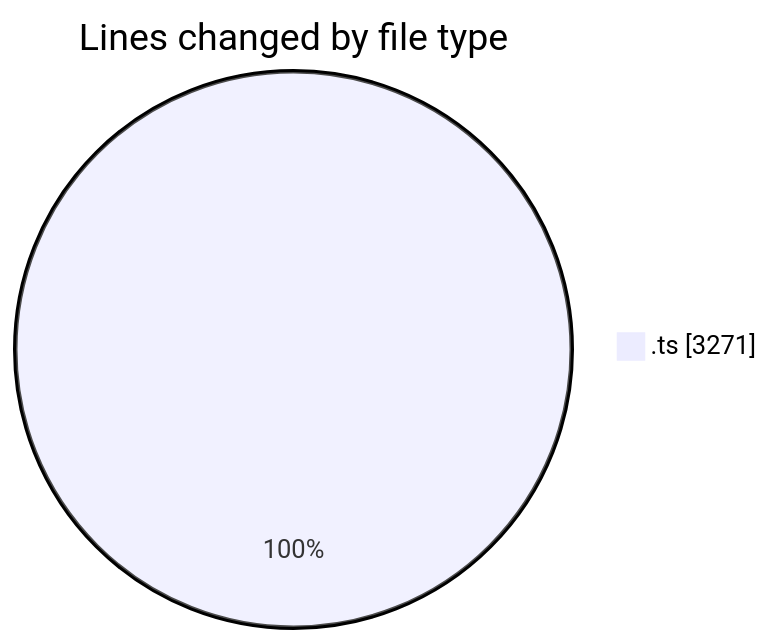
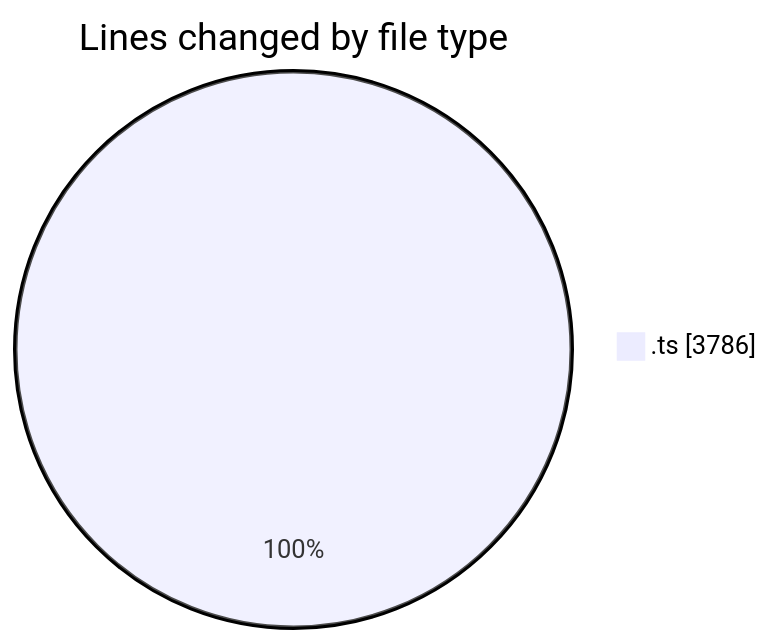
One commit to momahboobian/code-tracking changed the first of 2 diagrams in 2025-08-08/cda/README.md. Above: the diagram before and after it, drawn with Mermaid. The commit also changed other lines of this file and 1 other file, not shown here.

````diff
--- a/2025-08-08/cda/README.md
+++ b/2025-08-08/cda/README.md
@@ -24,5 +26,5 @@
 ```mermaid
 pie showData
 title Lines changed by file type
-".ts" : 3271
+".ts" : 3786
 ```
````
